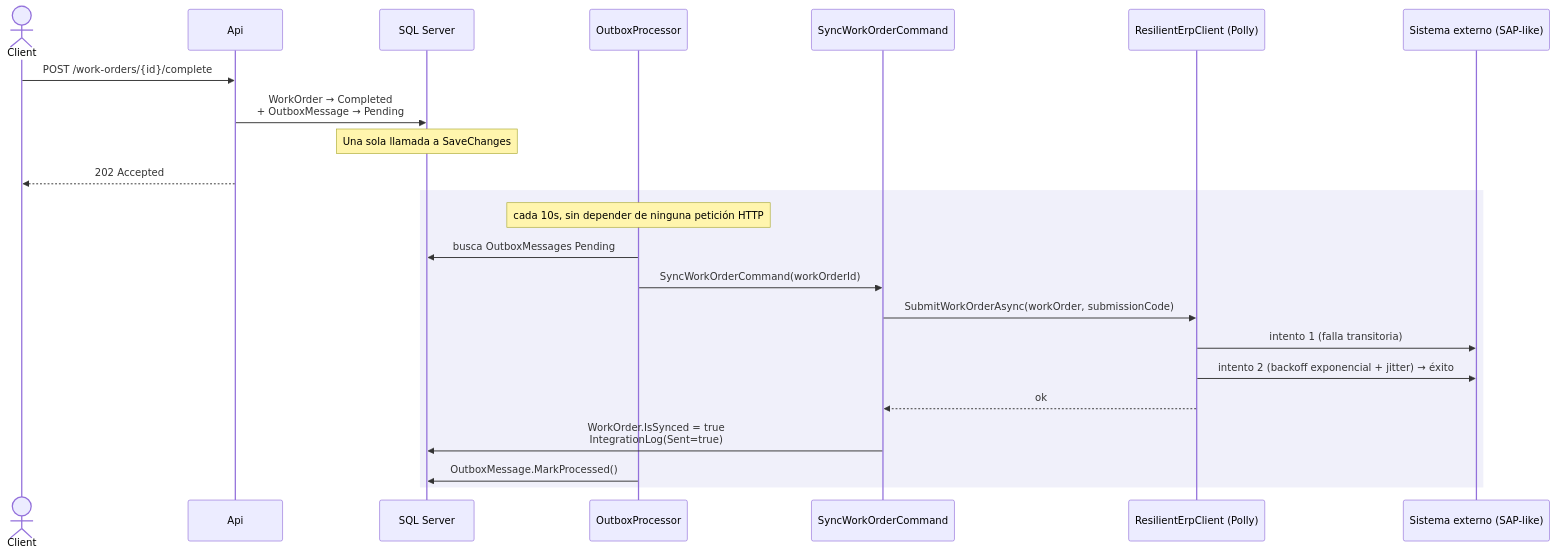
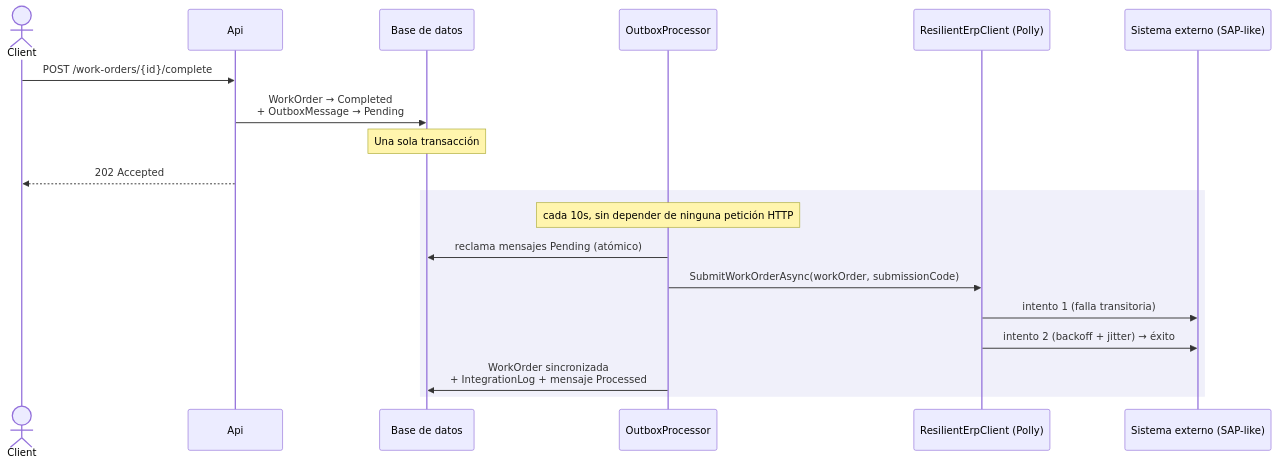
The second of 2 diagrams in README.md (aftovar123/AssetSync), drawn with Mermaid before and after one commit. The commit also changed other lines of this file and 6 other files, not shown here.

````diff
--- a/README.md
+++ b/README.md
@@ -111,27 +72,23 @@
 ```mermaid
 sequenceDiagram
     actor Client
     participant Api
-    participant DB as SQL Server
+    participant DB as Base de datos
     participant Processor as OutboxProcessor
-    participant Sync as SyncWorkOrderCommand
     participant Erp as ResilientErpClient (Polly)
     participant Ext as Sistema externo (SAP-like)
 
     Client->>Api: POST /work-orders/{id}/complete
     Api->>DB: WorkOrder → Completed<br/>+ OutboxMessage → Pending
-    Note over DB: Una sola llamada a SaveChanges
+    Note over DB: Una sola transacción
     Api-->>Client: 202 Accepted
 
     rect rgb(240, 240, 250)
     Note over Processor: cada 10s, sin depender de ninguna petición HTTP
-    Processor->>DB: busca OutboxMessages Pending
-    Processor->>Sync: SyncWorkOrderCommand(workOrderId)
-    Sync->>Erp: SubmitWorkOrderAsync(workOrder, submissionCode)
+    Processor->>DB: reclama mensajes Pending (atómico)
+    Processor->>Erp: SubmitWorkOrderAsync(workOrder, submissionCode)
     Erp->>Ext: intento 1 (falla transitoria)
-    Erp->>Ext: intento 2 (backoff exponencial + jitter) → éxito
-    Erp-->>Sync: ok
-    Sync->>DB: WorkOrder.IsSynced = true<br/>IntegrationLog(Sent=true)
-    Processor->>DB: OutboxMessage.MarkProcessed()
+    Erp->>Ext: intento 2 (backoff + jitter) → éxito
+    Processor->>DB: WorkOrder sincronizada<br/>+ IntegrationLog + mensaje Processed
     end
 ```
````
